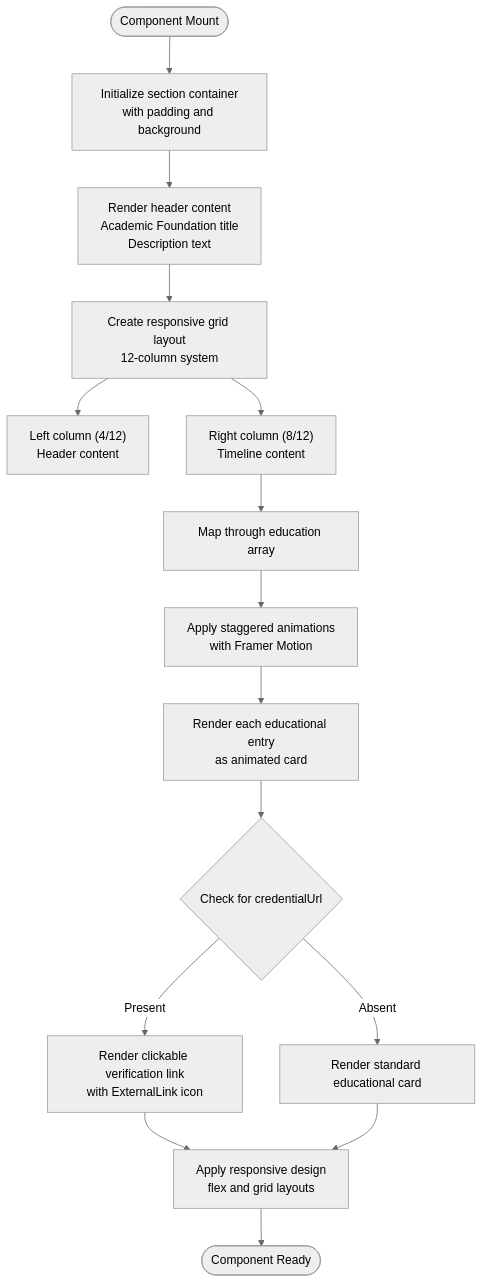
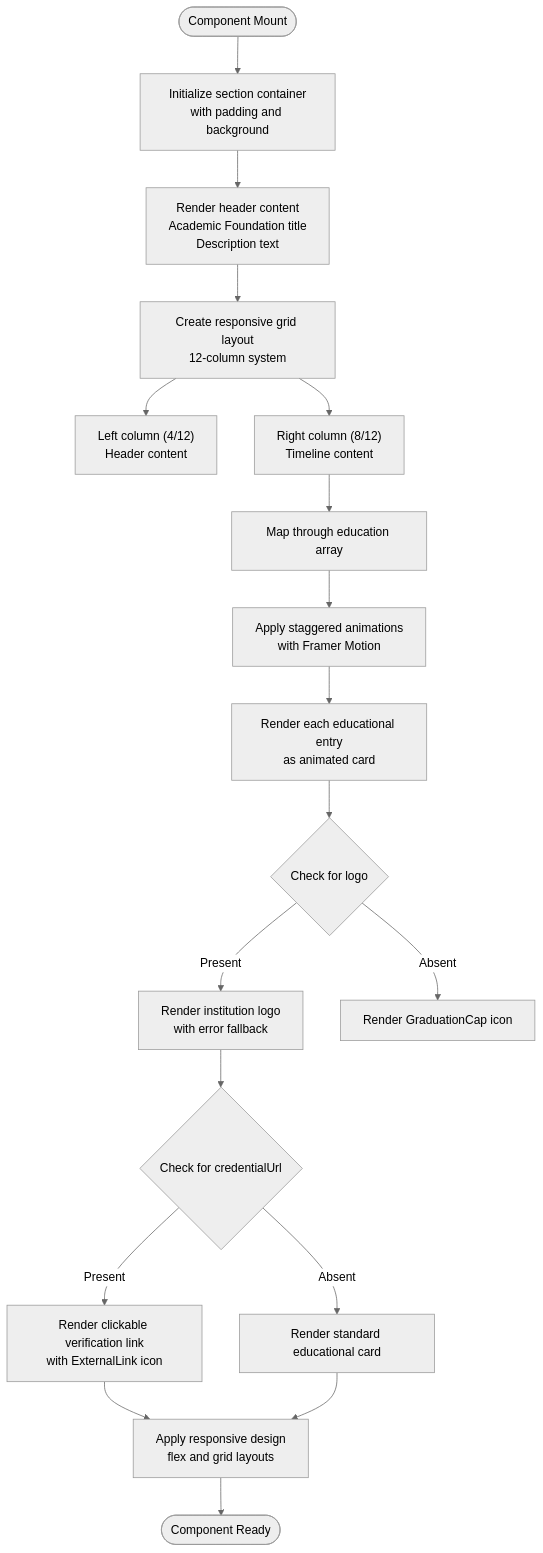
Before and after one commit to subash7781/Portfolio: the fourth of 11 diagrams in .qoder/repowiki/en/content/Component Library & UI Elements/EducationSection Component.md, drawn with Mermaid (neutral theme). The commit also changed other lines of this file and 5 other files, not shown here.

````diff
--- a/.qoder/repowiki/en/content/Component Library & UI Elements/EducationSection Component.md
+++ b/.qoder/repowiki/en/content/Component Library & UI Elements/EducationSection Component.md
@@ -177,17 +180,20 @@
 ```mermaid
 flowchart TD
 Start([Component Mount]) --> Setup["Initialize section container<br/>with padding and background"]
 Setup --> Header["Render header content<br/>Academic Foundation title<br/>Description text"]
 Header --> Grid["Create responsive grid layout<br/>12-column system"]
 Grid --> Column1["Left column (4/12)<br/>Header content"]
 Grid --> Column2["Right column (8/12)<br/>Timeline content"]
 Column2 --> MapEntries["Map through education array"]
 MapEntries --> Animation["Apply staggered animations<br/>with Framer Motion"]
 Animation --> CardLayout["Render each educational entry<br/>as animated card"]
-CardLayout --> CredentialCheck{"Check for credentialUrl"}
+CardLayout --> LogoCheck{"Check for logo"}
+LogoCheck --> |Present| LogoImage["Render institution logo<br/>with error fallback"]
+LogoCheck --> |Absent| DefaultIcon["Render GraduationCap icon"]
+LogoImage --> CredentialCheck{"Check for credentialUrl"}
 CredentialCheck --> |Present| VerificationLink["Render clickable verification link<br/>with ExternalLink icon"]
 CredentialCheck --> |Absent| StandardCard["Render standard educational card"]
 VerificationLink --> Responsive["Apply responsive design<br/>flex and grid layouts"]
 StandardCard --> Responsive
 Responsive --> End([Component Ready])
 ```
````
